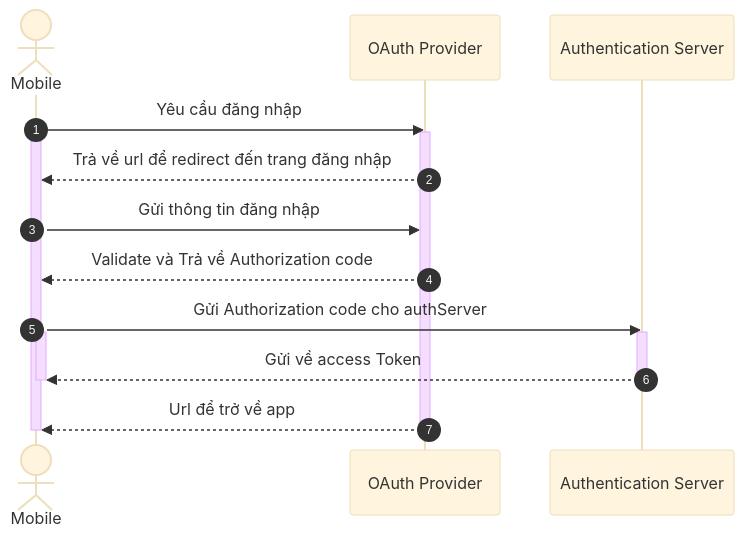
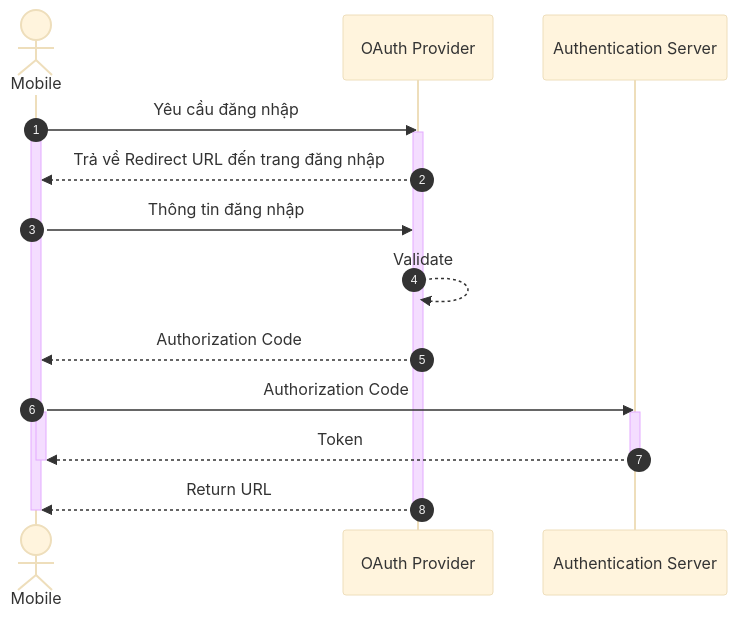
Before and after one commit to coinhub-uit/coinhub-uit.github.io: the second of 2 diagrams in docs/diagrams/sequence/user-auth.md, drawn with Mermaid (base theme). The commit also changed other lines of this file, not shown here.

````diff
--- a/docs/diagrams/sequence/user-auth.md
+++ b/docs/diagrams/sequence/user-auth.md
@@ -27,24 +29,25 @@
 ```mermaid
 sequenceDiagram
   autonumber
   actor mobile as Mobile
   participant OAuthProvider as OAuth Provider
   participant authServer as Authentication Server
 
   mobile->>OAuthProvider: Yêu cầu đăng nhập
   activate mobile
   activate OAuthProvider
-  OAuthProvider-->>mobile: Trả về url để redirect đến trang đăng nhập
-  mobile->>OAuthProvider: Gửi thông tin đăng nhập
-  OAuthProvider-->>mobile: Validate và Trả về Authorization code
-  mobile->>authServer: Gửi Authorization code cho authServer
+  OAuthProvider-->>mobile: Trả về Redirect URL đến trang đăng nhập
+  mobile->>OAuthProvider: Thông tin đăng nhập
+  OAuthProvider-->>OAuthProvider: Validate
+  OAuthProvider-->>mobile: Authorization Code
+  mobile->>authServer: Authorization Code
   activate mobile
   activate authServer
-  authServer-->>mobile: Gửi về access Token
+  authServer-->>mobile: Token
   deactivate mobile
   deactivate authServer
-  OAuthProvider-->>mobile: Url để trở về app
+  OAuthProvider-->>mobile: Return URL
   deactivate mobile
   deactivate OAuthProvider
 
 ```
````
